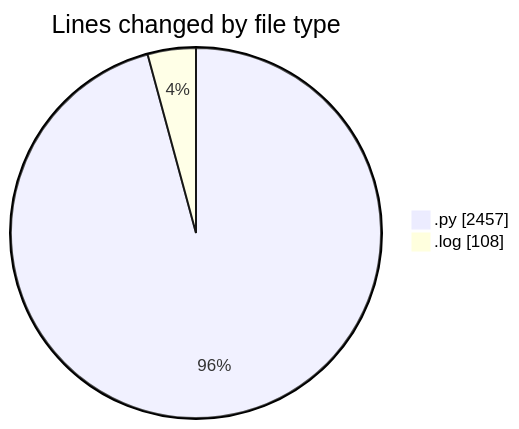
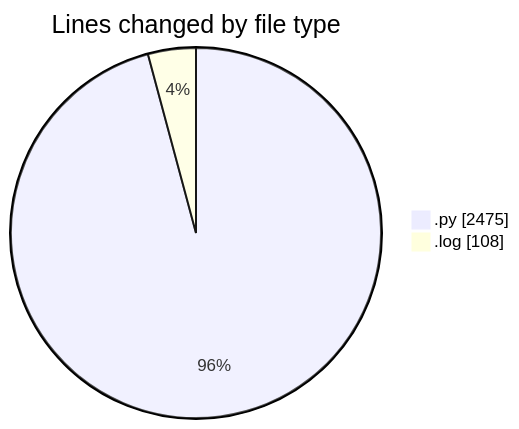
The first of 2 diagrams in 2025-05-06/samplepdf/README.md (momahboobian/code-tracking), drawn with Mermaid before and after one commit. The commit also changed other lines of this file and 1 other file, not shown here.

````diff
--- a/2025-05-06/samplepdf/README.md
+++ b/2025-05-06/samplepdf/README.md
@@ -42,6 +42,6 @@
 ```mermaid
 pie showData
 title Lines changed by file type
-".py" : 2457
+".py" : 2475
 ".log" : 108
 ```
````
